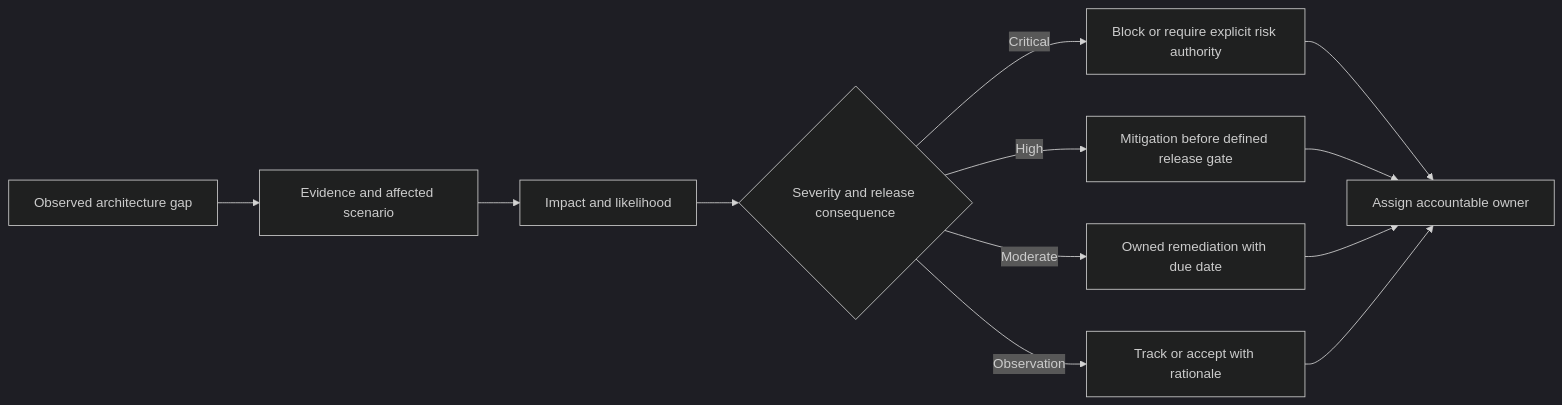
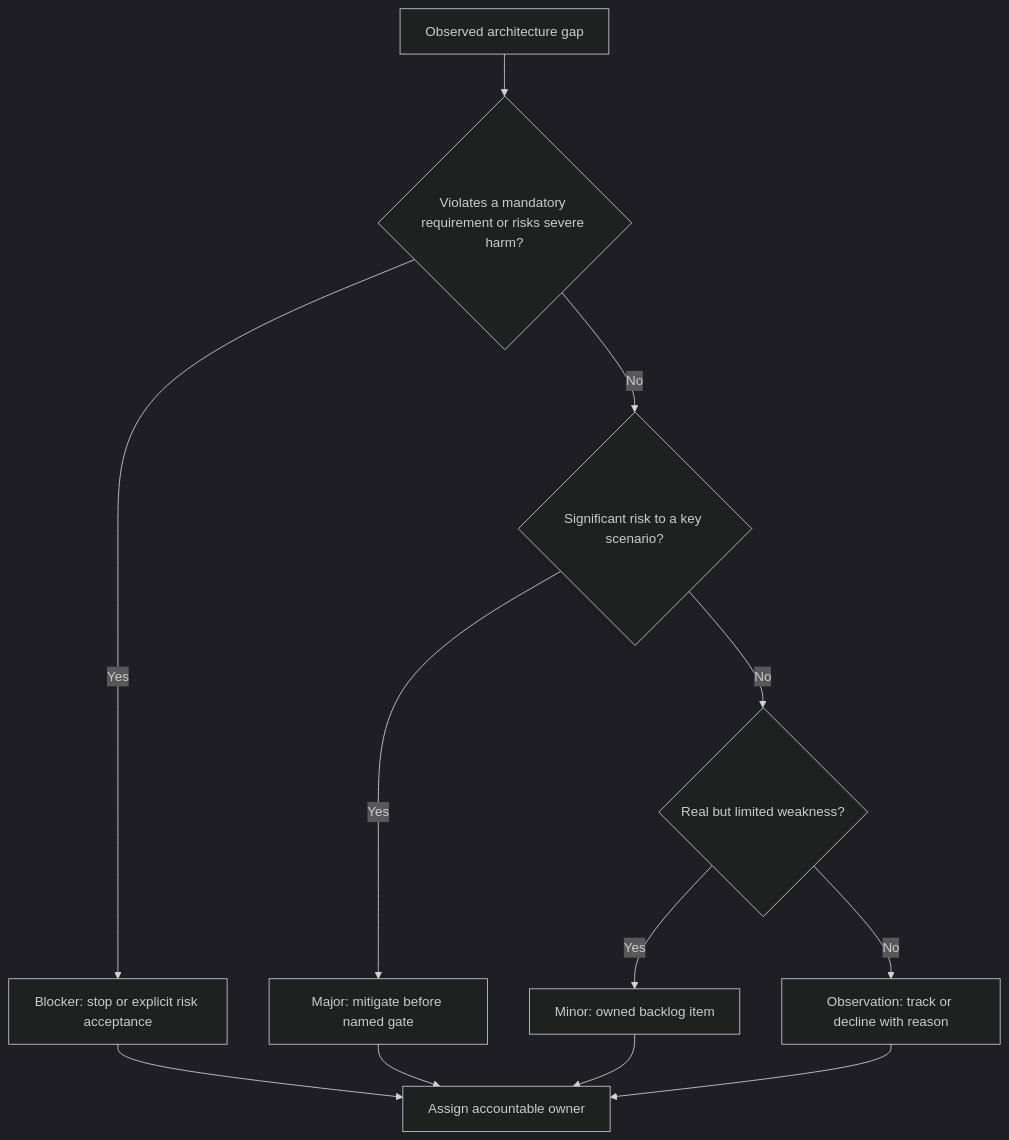
One commit to joydasss/Architect changed the fourth of 7 diagrams in 21_Architecture_Documentation/CH11_Architecture_Reviews.md. Above: the diagram before and after it, drawn with Mermaid (dark theme). The commit also changed other lines of this file and 22 other files, not shown here.

Commit message:
Architecture changes

````diff
--- a/21_Architecture_Documentation/CH11_Architecture_Reviews.md
+++ b/21_Architecture_Documentation/CH11_Architecture_Reviews.md
@@ -45,14 +189,14 @@
 ```mermaid
-flowchart LR
-    Finding[Observed architecture gap] --> Evidence[Evidence and affected scenario]
-    Evidence --> Impact[Impact and likelihood]
-    Impact --> Classify{Severity and release consequence}
-    Classify -->|Critical| Block[Block or require explicit risk authority]
-    Classify -->|High| Gate[Mitigation before defined release gate]
-    Classify -->|Moderate| Action[Owned remediation with due date]
-    Classify -->|Observation| Record[Track or accept with rationale]
-    Block --> Owner[Assign accountable owner]
-    Gate --> Owner
-    Action --> Owner
-    Record --> Owner
+flowchart TD
+    Finding[Observed architecture gap] --> Q1{Violates a mandatory requirement or risks severe harm?}
+    Q1 -->|Yes| Blocker[Blocker: stop or explicit risk acceptance]
+    Q1 -->|No| Q2{Significant risk to a key scenario?}
+    Q2 -->|Yes| Major[Major: mitigate before named gate]
+    Q2 -->|No| Q3{Real but limited weakness?}
+    Q3 -->|Yes| Minor[Minor: owned backlog item]
+    Q3 -->|No| Obs[Observation: track or decline with reason]
+    Blocker --> Owner[Assign accountable owner]
+    Major --> Owner
+    Minor --> Owner
+    Obs --> Owner
 ```
````
